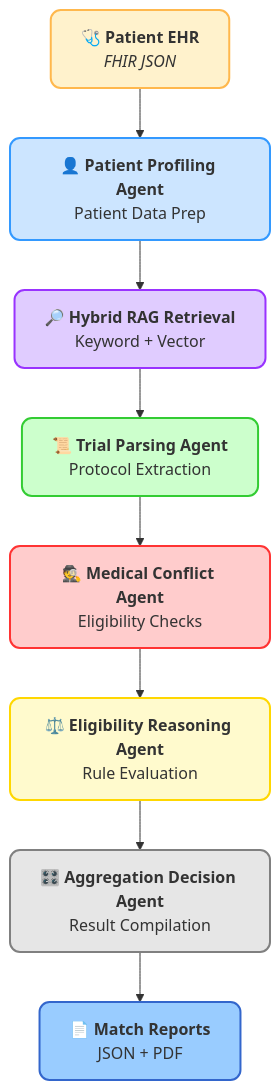
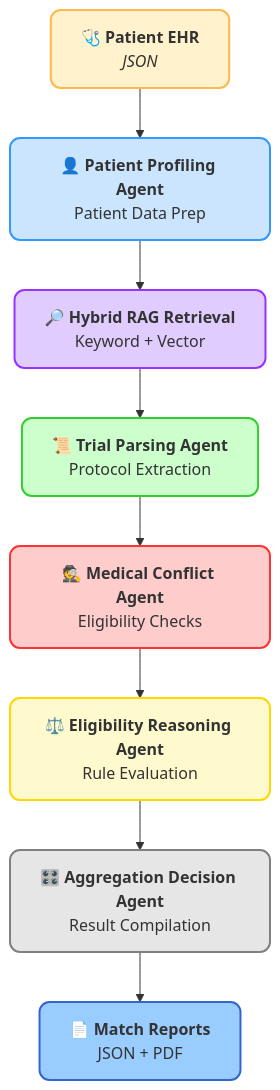
Before and after one commit to Yohansgit/multi_agent_clinical_trial_matching_system: the diagram in README.md, drawn with Mermaid. The commit also changed other lines of this file, not shown here.

````diff
--- a/README.md
+++ b/README.md
@@ -95,32 +93,32 @@
 ```mermaid
 flowchart TB
     %% Nodes
-    EHR["<b>🩺 Patient EHR</b><br/><i>FHIR JSON</i>"]
+    EHR["<b>🩺 Patient EHR</b><br/><i>JSON</i>"]
     PA["<b>👤 Patient Profiling Agent</b><br/>Patient Data Prep"]
     RAG["<b>🔎 Hybrid RAG Retrieval</b><br/>Keyword + Vector"]
     TP["<b>📜 Trial Parsing Agent</b><br/>Protocol Extraction"]
     MC["<b>🕵️ Medical Conflict Agent</b><br/>Eligibility Checks"]
     ER["<b>⚖️ Eligibility Reasoning Agent</b><br/>Rule Evaluation"]
     AGG["<b>🎛️ Aggregation Decision Agent</b><br/>Result Compilation"]
     OUT["<b>📄 Match Reports</b><br/>JSON + PDF"]
 
     %% Edges
     EHR --> PA
     PA --> RAG
     RAG --> TP
     TP --> MC
     MC --> ER
     ER --> AGG
     AGG --> OUT
 
     %% Styling
     style EHR fill:#fff2cc,stroke:#ffb84d,stroke-width:2px,rx:10,ry:10
     style PA fill:#cce5ff,stroke:#3399ff,stroke-width:2px,rx:10,ry:10
     style RAG fill:#e0ccff,stroke:#9933ff,stroke-width:2px,rx:10,ry:10
     style TP fill:#ccffcc,stroke:#33cc33,stroke-width:2px,rx:10,ry:10
     style MC fill:#ffcccc,stroke:#ff3333,stroke-width:2px,rx:10,ry:10
     style ER fill:#fffacd,stroke:#ffd700,stroke-width:2px,rx:10,ry:10
     style AGG fill:#e6e6e6,stroke:#808080,stroke-width:2px,rx:10,ry:10
     style OUT fill:#99ccff,stroke:#3366cc,stroke-width:2px,rx:10,ry:10
 
 ```
````
